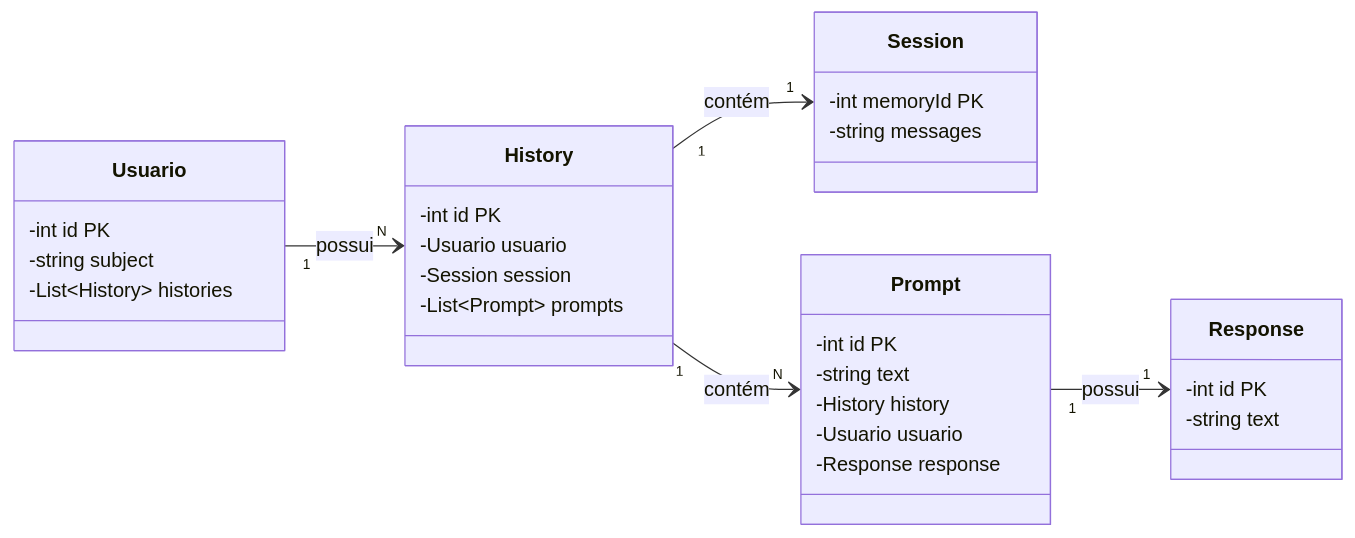
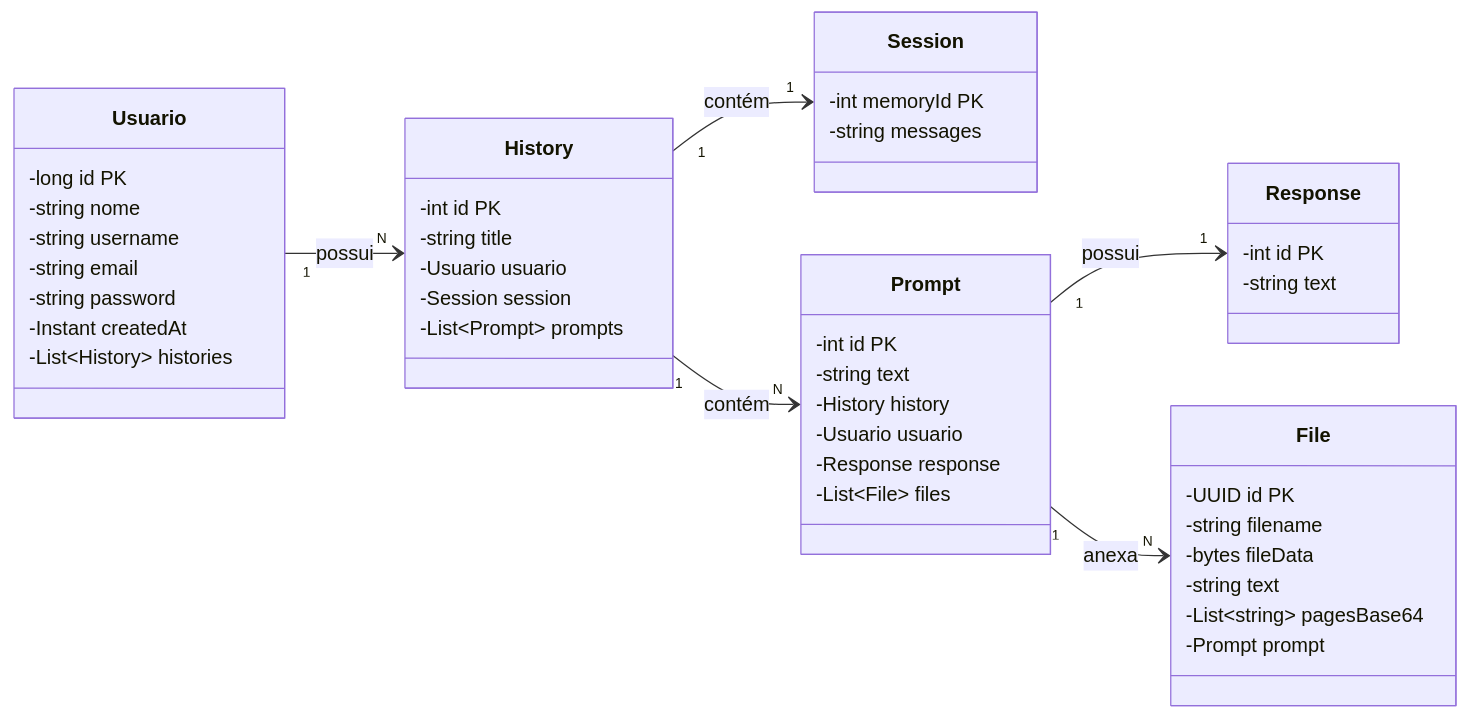
One commit to lipedevcode/chatbot-llm changed the first of 2 diagrams in README.md. Above: the diagram before and after it, drawn with Mermaid. The commit also changed other lines of this file, not shown here.

````diff
--- a/README.md
+++ b/README.md
@@ -113,36 +116,51 @@
 ```mermaid
 classDiagram
   direction LR
 
   class Usuario {
-      -int id PK
-      -string subject
+      -long id PK
+      -string nome
+      -string username
+      -string email
+      -string password
+      -Instant createdAt
       -List~History~ histories
   }
   class Session {
       -int memoryId PK
       -string messages
   }
   class History {
       -int id PK
+      -string title
       -Usuario usuario
       -Session session
       -List~Prompt~ prompts
   }
   class Prompt {
       -int id PK
       -string text
       -History history
       -Usuario usuario
       -Response response
+      -List~File~ files
   }
   class Response {
       -int id PK
       -string text
+  }
+  class File {
+      -UUID id PK
+      -string filename
+      -bytes fileData
+      -string text
+      -List~string~ pagesBase64
+      -Prompt prompt
   }
 
   Usuario "1" --> "N" History : possui
   History "1" --> "1" Session : contém
   History "1" --> "N" Prompt : contém
   Prompt "1" --> "1" Response : possui
+  Prompt "1" --> "N" File : anexa
 ```
````
